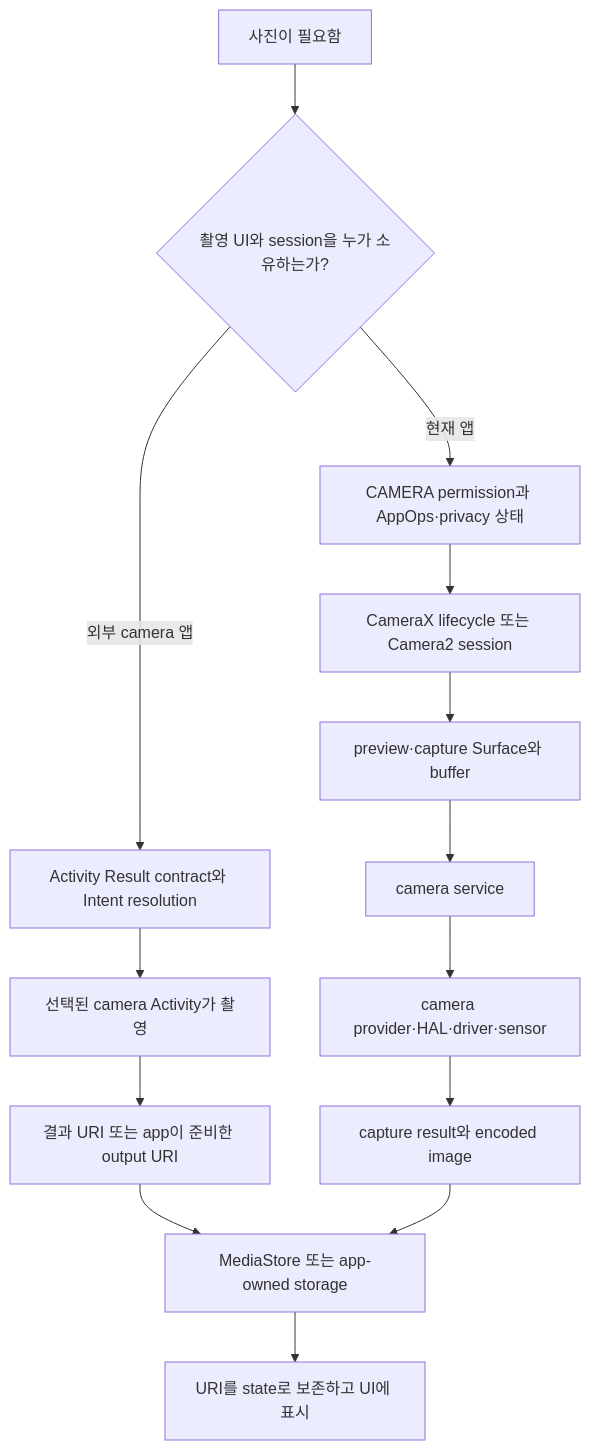
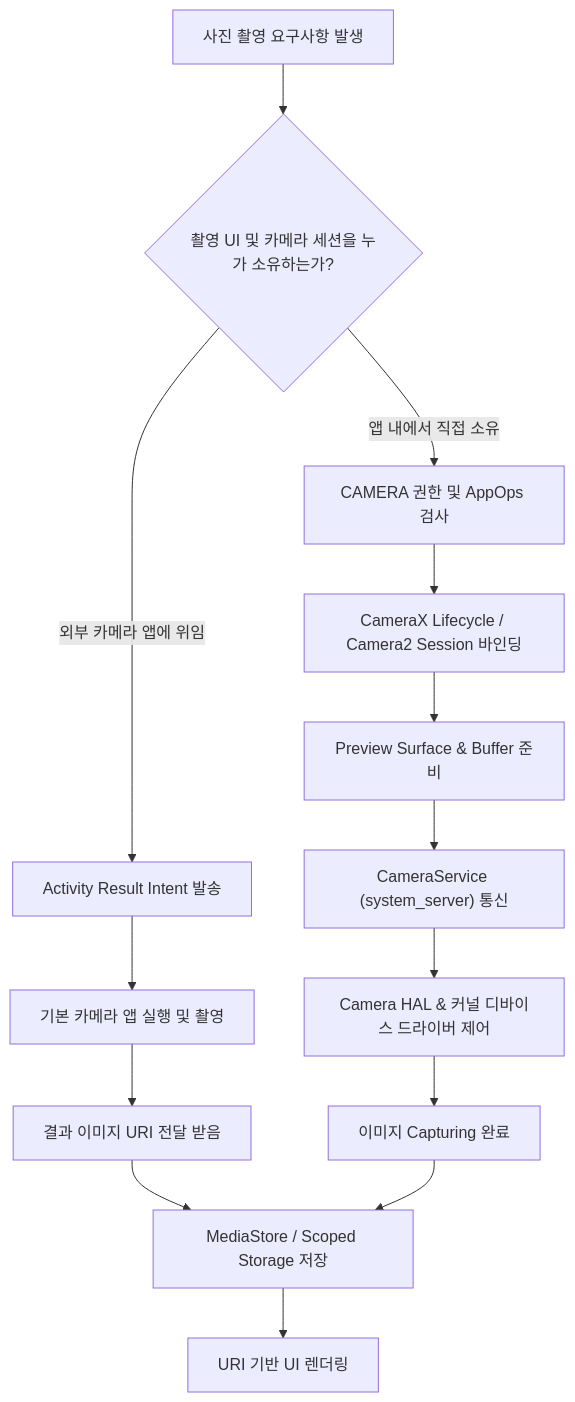
One commit to youngmin-gwon/what-i-studied changed the diagram in 01_inbox/mobile/android/00_foundations/overview/foundation-contracts/camera-example-crosses-permission-intent-ui-media-hal-and-storage-boundaries.md. Above: the diagram before and after it, drawn with Mermaid. The commit also changed other lines of this file and 13 other files, not shown here.

````diff
--- a/01_inbox/mobile/android/00_foundations/overview/foundation-contracts/camera-example-crosses-permission-intent-ui-media-hal-and-storage-boundaries.md
+++ b/01_inbox/mobile/android/00_foundations/overview/foundation-contracts/camera-example-crosses-permission-intent-ui-media-hal-and-storage-boundaries.md
@@ -16,18 +23,19 @@
 ```mermaid
 flowchart TD
-    Need["사진이 필요함"] --> Choice{"촬영 UI와 session을 누가 소유하는가?"}
-    Choice -- "외부 camera 앱" --> Resolve["Activity Result contract와 Intent resolution"]
-    Resolve --> External["선택된 camera Activity가 촬영"]
-    External --> Result["결과 URI 또는 app이 준비한 output URI"]
-
-    Choice -- "현재 앱" --> Permission["CAMERA permission과 AppOps·privacy 상태"]
-    Permission --> Lifecycle["CameraX lifecycle 또는 Camera2 session"]
-    Lifecycle --> Surface["preview·capture Surface와 buffer"]
-    Surface --> Service["camera service"]
-    Service --> HAL["camera provider·HAL·driver·sensor"]
-    HAL --> Capture["capture result와 encoded image"]
-
-    Result --> Store["MediaStore 또는 app-owned storage"]
-    Capture --> Store
-    Store --> UI["URI를 state로 보존하고 UI에 표시"]
+    Need["사진 촬영 요구사항 발생"] --> Choice{"촬영 UI 및 카메라 세션을 누가 소유하는가?"}
+    
+    Choice -- "외부 카메라 앱에 위임" --> IntentResolve["Activity Result Intent 발송"]
+    IntentResolve --> ExternalApp["기본 카메라 앱 실행 및 촬영"]
+    ExternalApp --> ResultURI["결과 이미지 URI 전달 받음"]
+    
+    Choice -- "앱 내에서 직접 소유" --> CheckPermission["CAMERA 권한 및 AppOps 검사"]
+    CheckPermission --> LifecycleBind["CameraX Lifecycle / Camera2 Session 바인딩"]
+    LifecycleBind --> SurfacePrep["Preview Surface & Buffer 준비"]
+    SurfacePrep --> ServiceComm["CameraService (system_server) 통신"]
+    ServiceComm --> HALComm["Camera HAL & 커널 디바이스 드라이버 제어"]
+    HALComm --> CaptureDone["이미지 Capturing 완료"]
+    
+    ResultURI --> StorageSave["MediaStore / Scoped Storage 저장"]
+    CaptureDone --> StorageSave
+    StorageSave --> ShowUI["URI 기반 UI 렌더링"]
 ```
````
